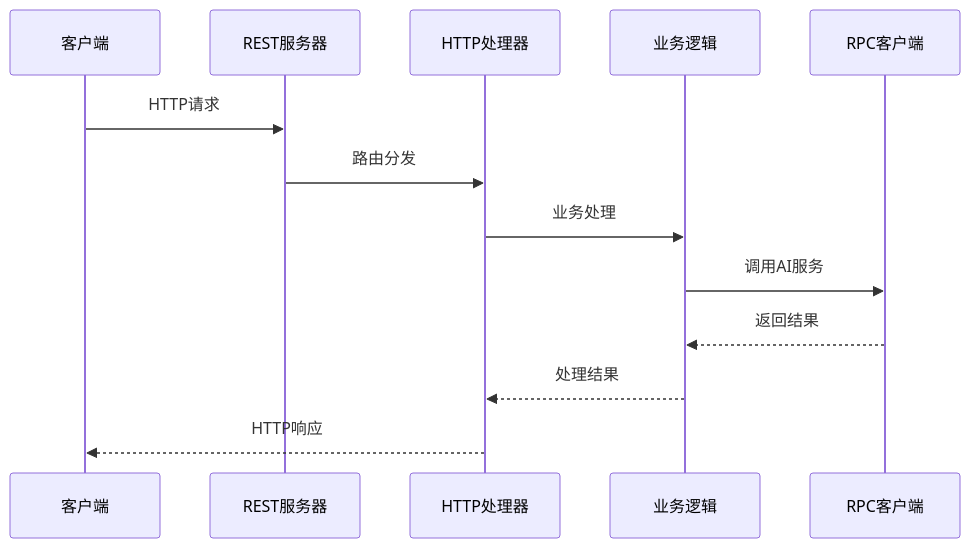
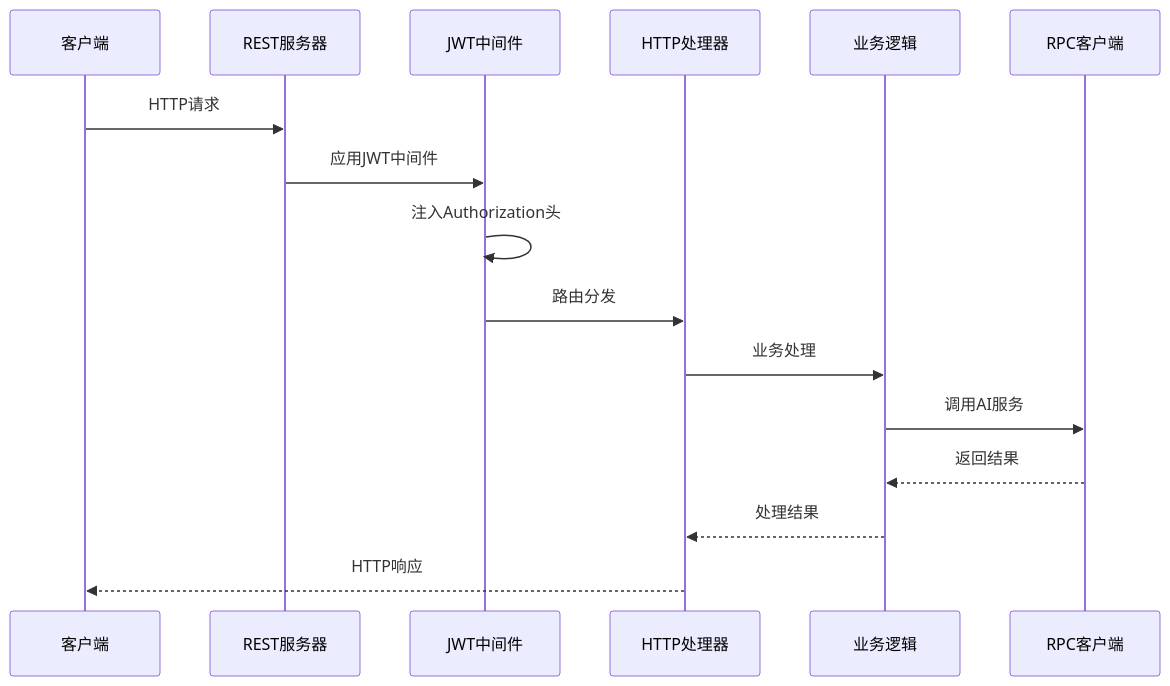
Before and after one commit to maomao94/zero-service: the third of 11 diagrams in .qoder/repowiki/zh/content/网关与接口/AI网关服务.md, drawn with Mermaid. The commit also changed other lines of this file and 11 other files, not shown here.

````diff
--- a/.qoder/repowiki/zh/content/网关与接口/AI网关服务.md
+++ b/.qoder/repowiki/zh/content/网关与接口/AI网关服务.md
@@ -204,15 +232,18 @@
 ```mermaid
 sequenceDiagram
 participant Client as 客户端
 participant Server as REST服务器
+participant JWTMiddleware as JWT中间件
 participant Handler as HTTP处理器
 participant Logic as 业务逻辑
 participant RPC as RPC客户端
 Client->>Server : HTTP请求
-Server->>Handler : 路由分发
+Server->>JWTMiddleware : 应用JWT中间件
+JWTMiddleware->>JWTMiddleware : 注入Authorization头
+JWTMiddleware->>Handler : 路由分发
 Handler->>Logic : 业务处理
 Logic->>RPC : 调用AI服务
 RPC-->>Logic : 返回结果
 Logic-->>Handler : 处理结果
 Handler-->>Client : HTTP响应
 ```
````
